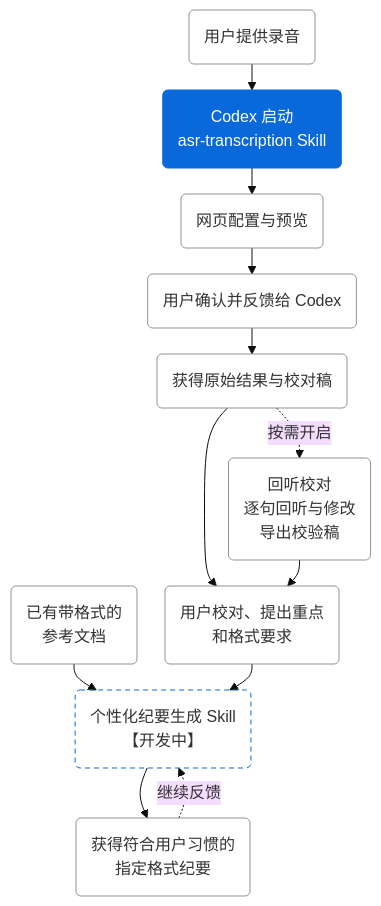
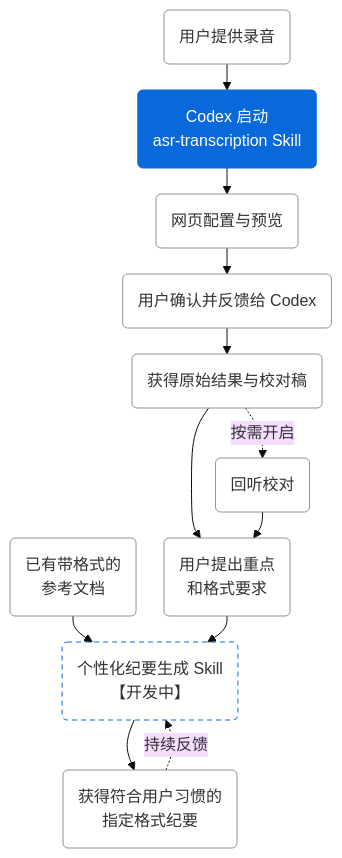
Before and after one commit to hx101700/memoflow: the diagram in README.md, drawn with Mermaid (base theme). The commit also changed other lines of this file and 11 other files, not shown here.

````diff
--- a/README.md
+++ b/README.md
@@ -34,27 +34,27 @@
 ```mermaid
 ---
 config:
   flowchart:
     curve: basis
     nodeSpacing: 28
     rankSpacing: 26
 ---
 flowchart TD
     A("用户提供录音") --> B("Codex 启动<br/>asr-transcription Skill")
     B --> C("网页配置与预览")
     C --> D("用户确认并反馈给 Codex")
     D --> E("获得原始结果与校对稿")
-    E --> F("用户校对、提出重点<br/>和格式要求")
-    E -. "按需开启" .-> R("回听校对<br/>逐句回听与修改<br/>导出校验稿")
+    E --> F("用户提出重点<br/>和格式要求")
+    E -. "按需开启" .-> R("回听校对")
     R --> F
     G("已有带格式的<br/>参考文档") --> H("个性化纪要生成 Skill<br/>【开发中】")
     F --> H
     H --> I("获得符合用户习惯的<br/>指定格式纪要")
-    I -. "继续反馈" .-> H
+    I -. "持续反馈" .-> H
 
     classDef default fill:transparent,stroke:#8b949e,stroke-width:1px,filter:none;
     classDef active fill:#0969da,stroke:#0969da,color:#ffffff;
     classDef planned stroke:#0969da,stroke-dasharray:5 4;
     class B active;
     class H planned;
 ```
````
